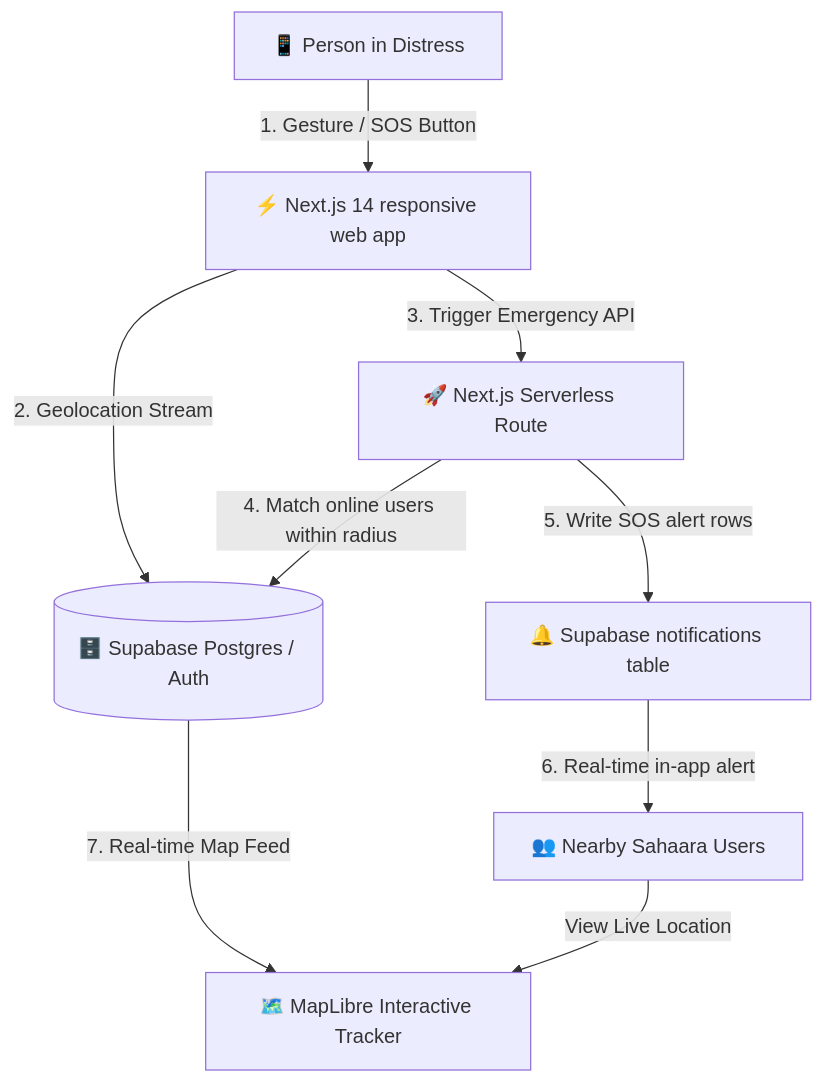
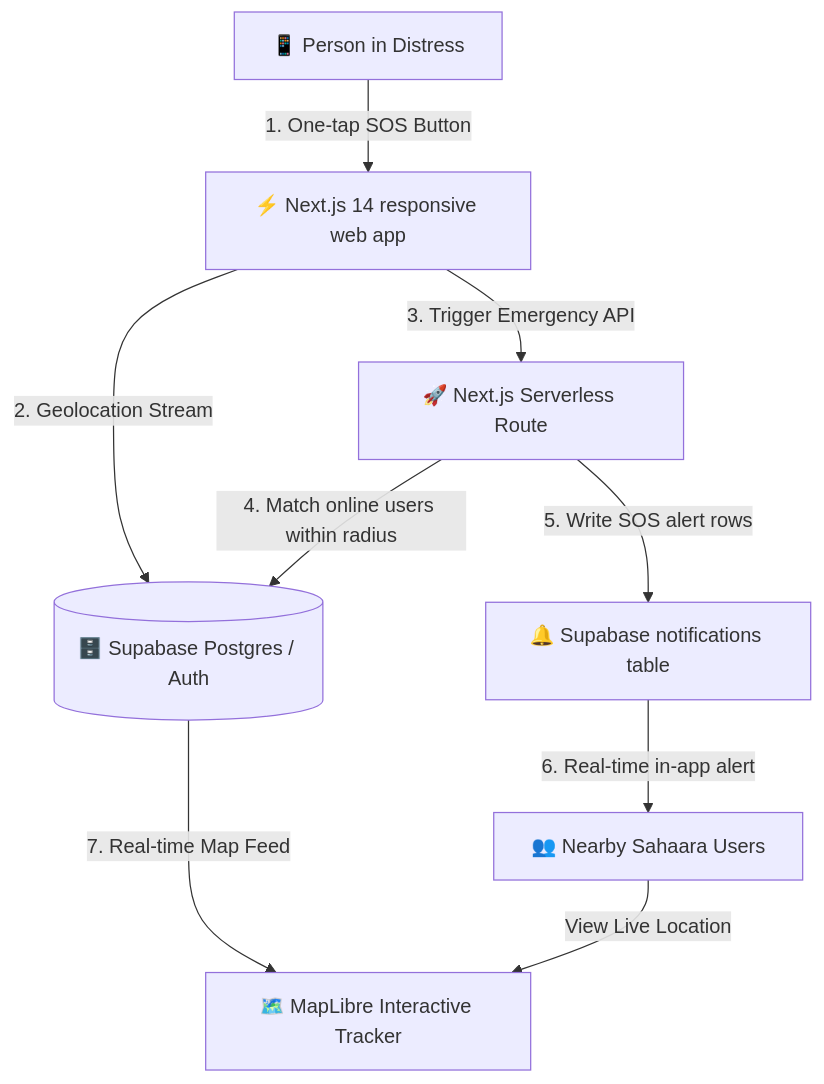
Before and after one commit to Shaan-alpha/Sahaara_APP: the diagram in README.md, drawn with Mermaid. The commit also changed other lines of this file, not shown here.

First line of the commit message:
docs: drop gesture SOS and trusted-contact alert claims from README

````diff
--- a/README.md
+++ b/README.md
@@ -63,11 +63,11 @@
 ```mermaid
 graph TD
-    User[📱 Person in Distress] -->|1. Gesture / SOS Button| Client[⚡ Next.js 14 responsive web app]
+    User[📱 Person in Distress] -->|1. One-tap SOS Button| Client[⚡ Next.js 14 responsive web app]
     Client -->|2. Geolocation Stream| Supabase[(🗄️ Supabase Postgres / Auth)]
     Client -->|3. Trigger Emergency API| API[🚀 Next.js Serverless Route]
     API -->|4. Match online users within radius| Supabase
     API -->|5. Write SOS alert rows| Notifications[🔔 Supabase notifications table]
     Notifications -->|6. Real-time in-app alert| NearbyUsers[👥 Nearby Sahaara Users]
     Supabase -->|7. Real-time Map Feed| Map[🗺️ MapLibre Interactive Tracker]
     NearbyUsers -->|View Live Location| Map
 ```
````
